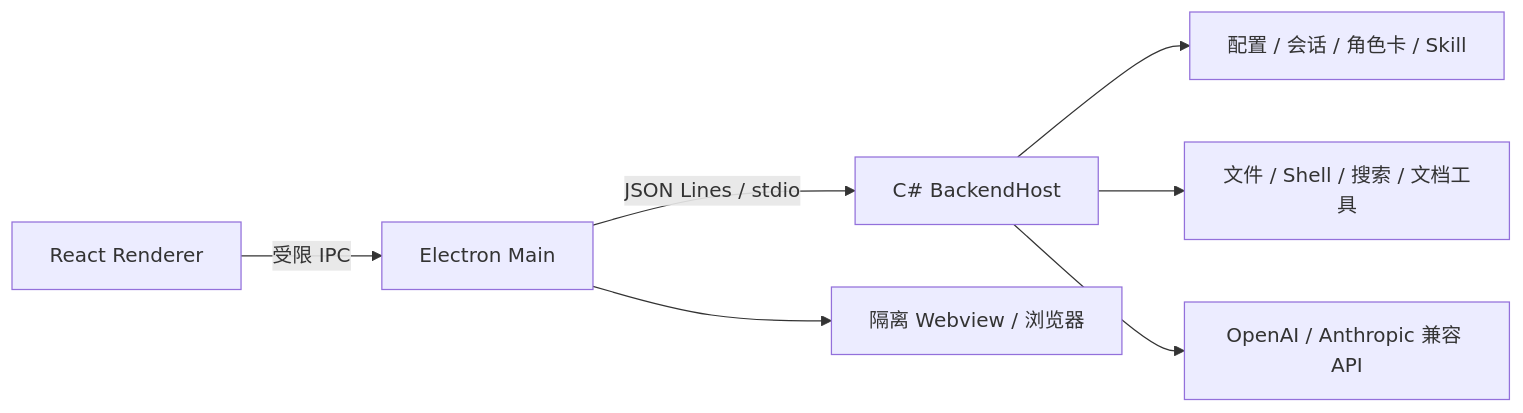
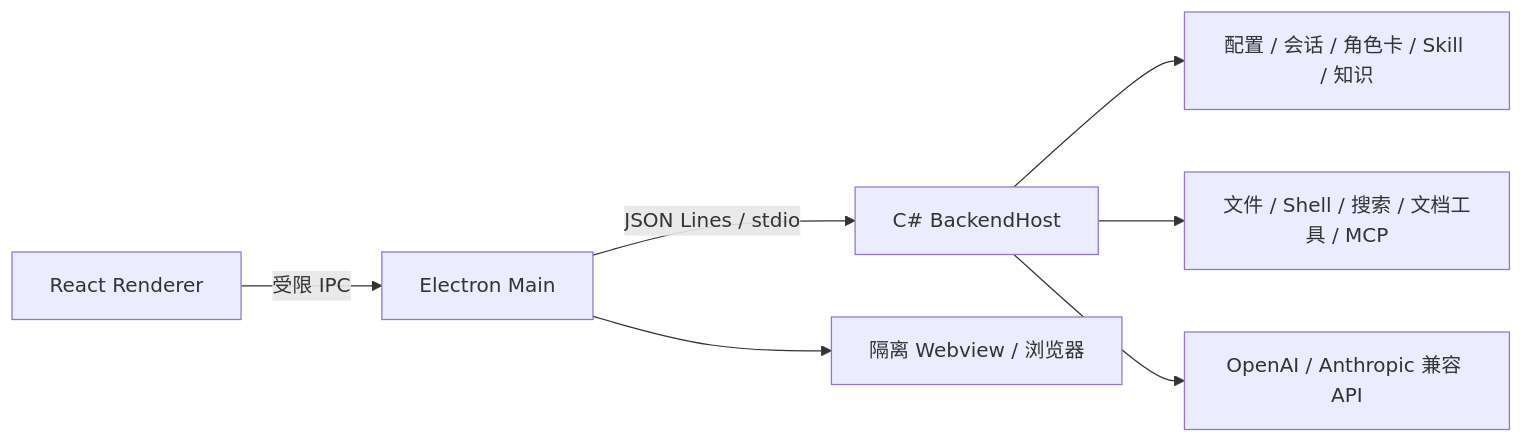
Before and after one commit to jhryo25/RanParty: the diagram in README.md, drawn with Mermaid. The commit also changed other lines of this file and 19 other files, not shown here.

````diff
--- a/README.md
+++ b/README.md
@@ -35,9 +51,9 @@
 ```mermaid
 flowchart LR
-  UI[React Renderer] -->|受限 IPC| Main[Electron Main]
-  Main -->|JSON Lines / stdio| Backend[C# BackendHost]
-  Backend --> Store[配置 / 会话 / 角色卡 / Skill]
-  Backend --> Tools[文件 / Shell / 搜索 / 文档工具]
-  Backend --> LLM[OpenAI / Anthropic 兼容 API]
-  Main --> Webview[隔离 Webview / 浏览器]
+  UI["React Renderer"] -->|"受限 IPC"| Main["Electron Main"]
+  Main -->|"JSON Lines / stdio"| Backend["C# BackendHost"]
+  Backend --> Store["配置 / 会话 / 角色卡 / Skill / 知识"]
+  Backend --> Tools["文件 / Shell / 搜索 / 文档工具 / MCP"]
+  Backend --> LLM["OpenAI / Anthropic 兼容 API"]
+  Main --> Webview["隔离 Webview / 浏览器"]
 ```
````
